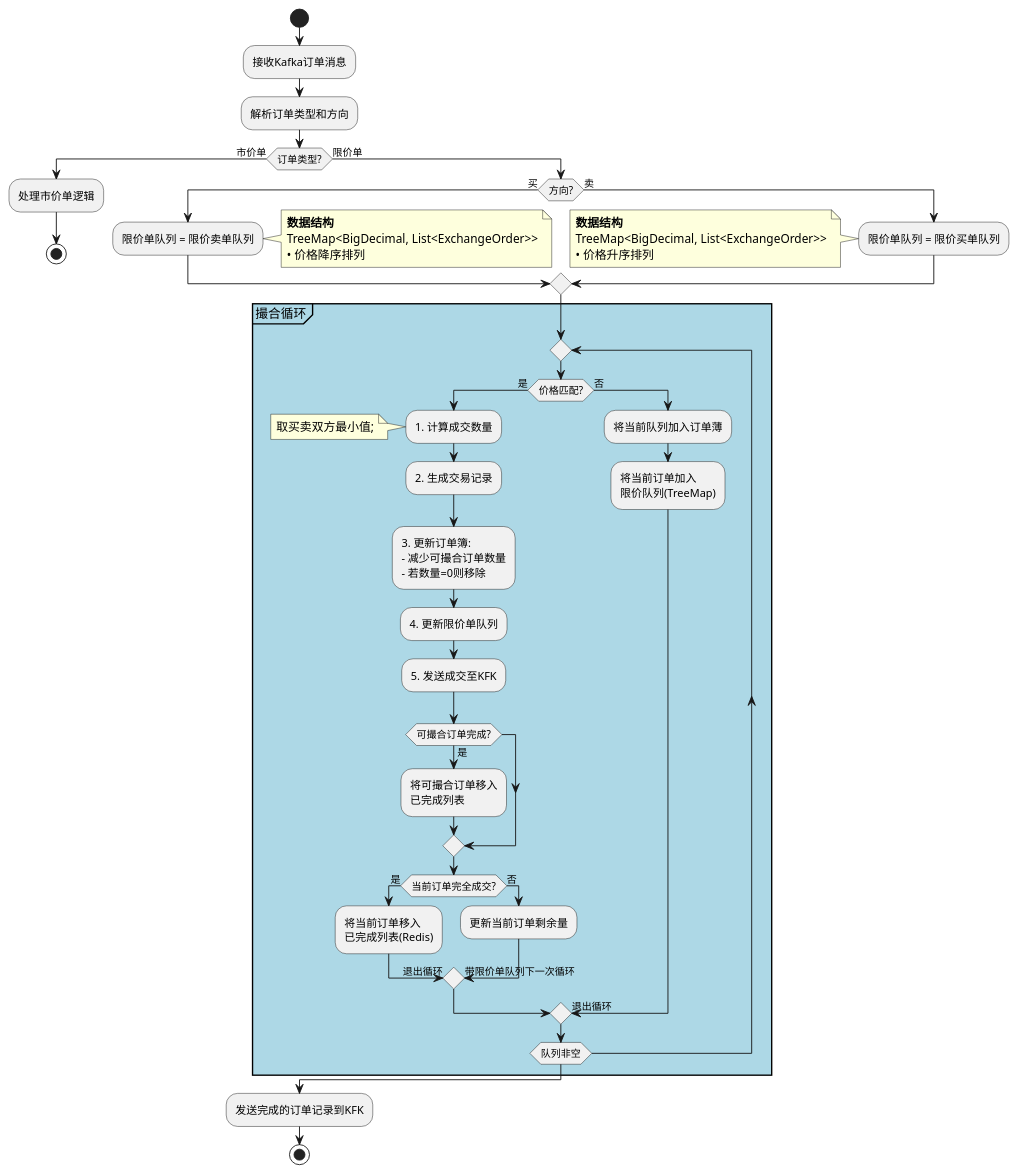
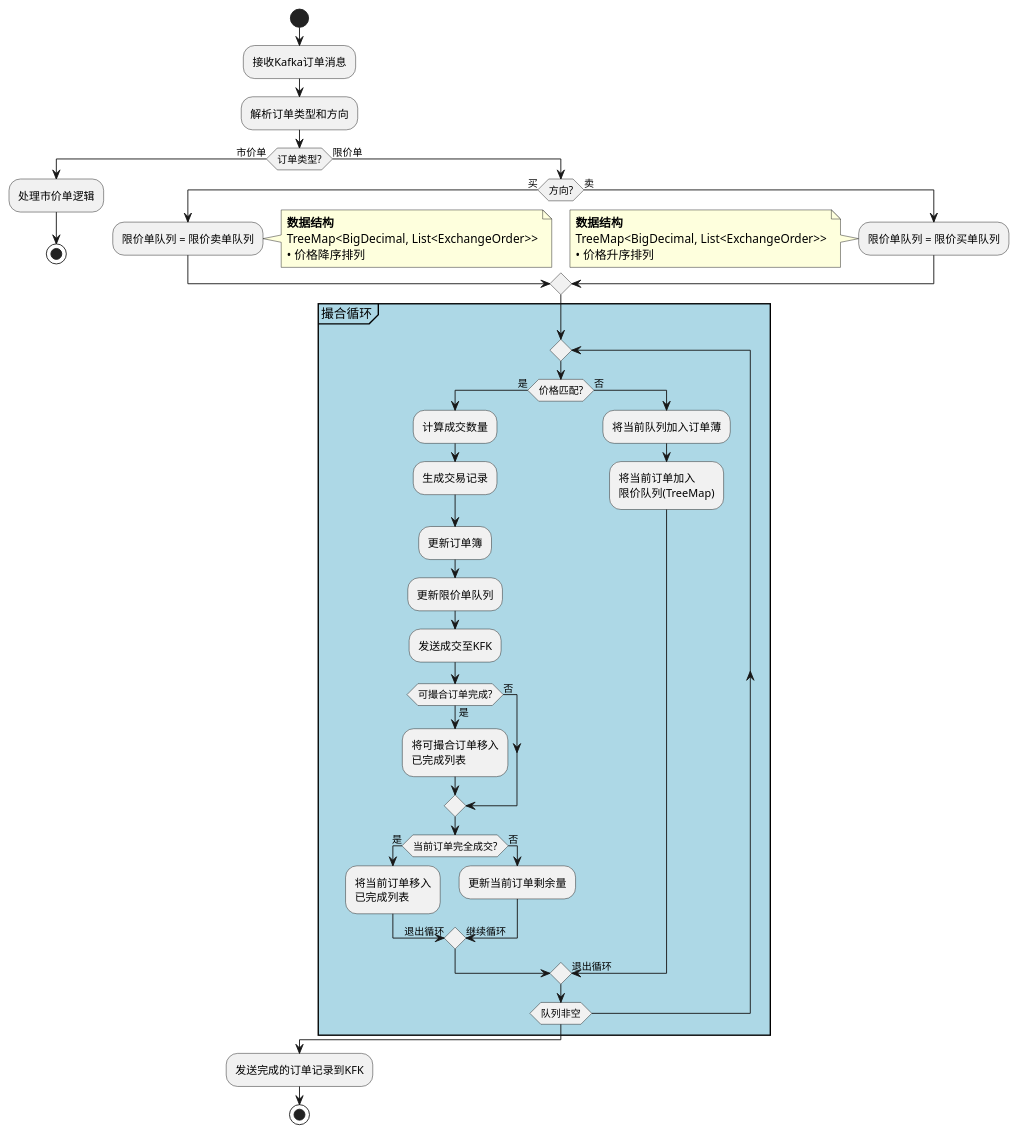
The diagram in doc/design/uml/MatchProcess.puml (watoukuang/altxch), drawn with PlantUML before and after one commit. The commit also changed 2 other files, not shown here.

```diff
--- a/doc/design/uml/MatchProcess.puml
+++ b/doc/design/uml/MatchProcess.puml
@@ -1,54 +1,52 @@
 @startuml 限价单撮合流程（含订单簿管理）
 
 start
 :接收Kafka订单消息;
 :解析订单类型和方向;
 
 if (订单类型?) then (市价单)
     :处理市价单逻辑;
     stop
 else (限价单)
     if (方向?) then (买)
         :限价单队列 = 限价卖单队列;
         note right: **数据结构**\nTreeMap<BigDecimal, List<ExchangeOrder>>\n• 价格降序排列
     else (卖)
         :限价单队列 = 限价买单队列;
         note left: **数据结构**\nTreeMap<BigDecimal, List<ExchangeOrder>>\n• 价格升序排列
     endif
 
     partition 撮合循环 #LightBlue {
         repeat
             if (价格匹配?) then (是)
-                :1. 计算成交数量;
-                note left:取买卖双方最小值;
-                :2. 生成交易记录;
-                :3. 更新订单簿:
-                - 减少可撮合订单数量
-                - 若数量=0则移除;
-                :4. 更新限价单队列;
-                :5. 发送成交至KFK;
+                :计算成交数量;
+                :生成交易记录;
+                :更新订单簿;
+                :更新限价单队列;
+                :发送成交至KFK;
 
                 if (可撮合订单完成?) then (是)
                     :将可撮合订单移入\n已完成列表;
+                else(否)
                 endif
 
                 if (当前订单完全成交?) then (是)
-                    :将当前订单移入\n已完成列表(Redis);
+                    :将当前订单移入\n已完成列表;
                     -> 退出循环;
                 else (否)
                     :更新当前订单剩余量;
-                    -> 带限价单队列下一次循环;
+                    -> 继续循环;
                 endif
             else (否)
                 :将当前队列加入订单薄;
                 :将当前订单加入\n限价队列(TreeMap);
                 -> 退出循环;
             endif
         repeat while (队列非空)
     }
 endif
 
 :发送完成的订单记录到KFK;
 
 stop
 @enduml
```
